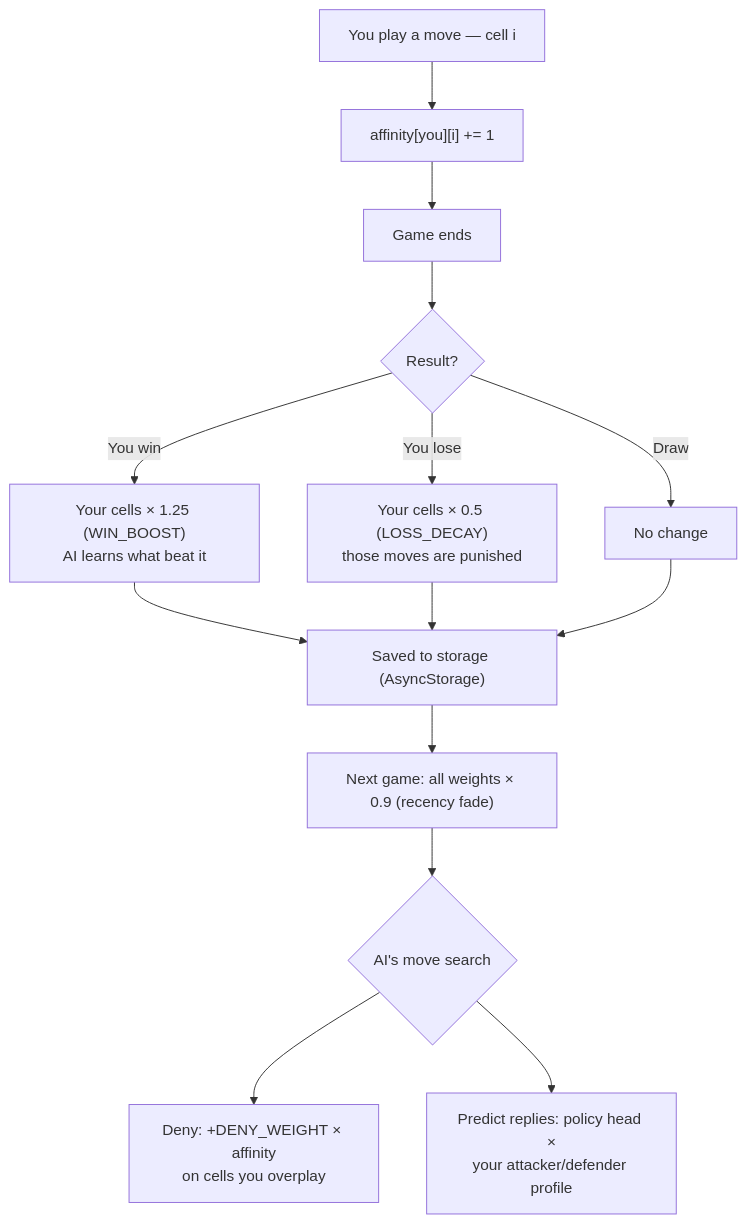
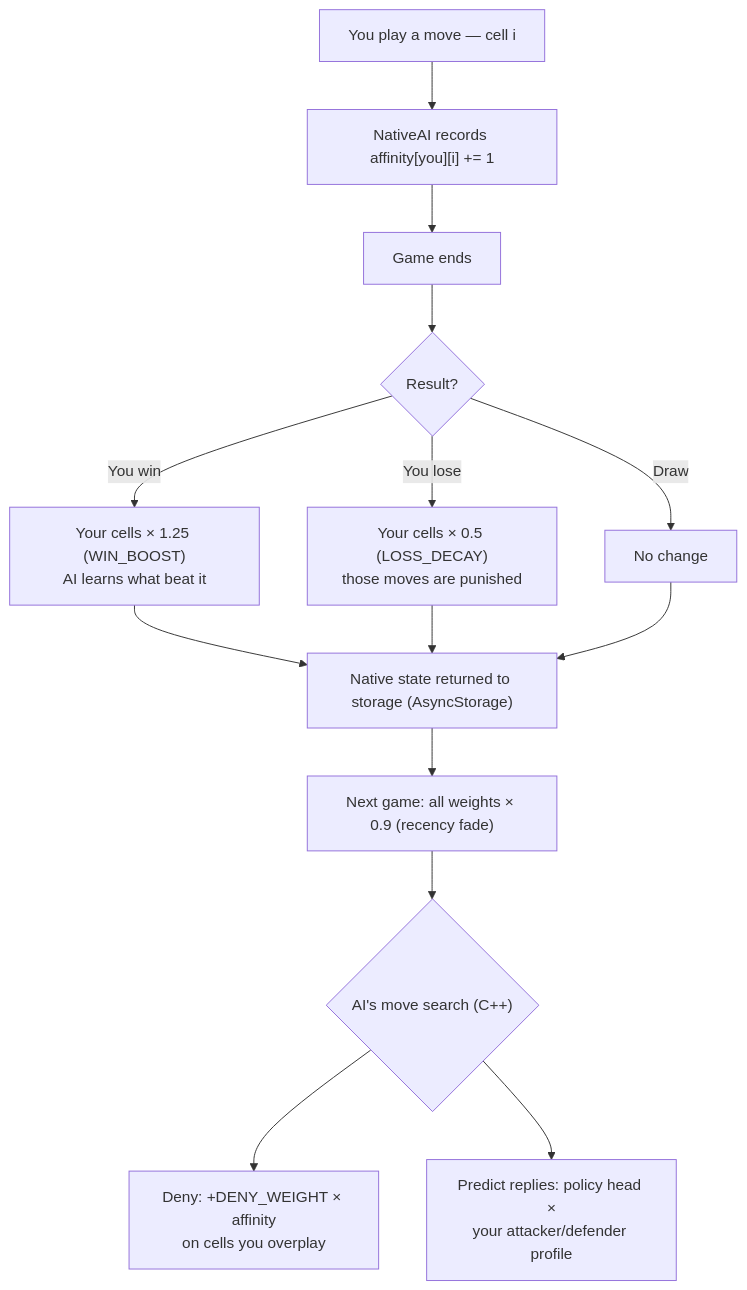
Diagram 11 of 12 in README.md (darkslayer-ns/3d-tiktactoe), drawn with Mermaid before and after one commit. The commit also changed other lines of this file and 2 other files, not shown here.

Commit message:
docs: reflect native AI session (search/hint/memory/profiles now C++)

````diff
--- a/README.md
+++ b/README.md
@@ -519,16 +524,16 @@
 ```mermaid
 flowchart TD
-    A["You play a move — cell i"] --> B["affinity[you][i] += 1"]
+    A["You play a move — cell i"] --> B["NativeAI records affinity[you][i] += 1"]
     B --> C["Game ends"]
     C --> R{"Result?"}
     R -->|"You win"| W["Your cells × 1.25 (WIN_BOOST)<br/>AI learns what beat it"]
     R -->|"You lose"| L["Your cells × 0.5 (LOSS_DECAY)<br/>those moves are punished"]
     R -->|"Draw"| N["No change"]
-    W --> P["Saved to storage (AsyncStorage)"]
+    W --> P["Native state returned to storage (AsyncStorage)"]
     L --> P
     N --> P
     P --> F["Next game: all weights × 0.9 (recency fade)"]
-    F --> S{"AI's move search"}
+    F --> S{"AI's move search (C++)"}
     S --> D1["Deny: +DENY_WEIGHT × affinity<br/>on cells you overplay"]
     S --> D2["Predict replies: policy head ×<br/>your attacker/defender profile"]
 ```
````
